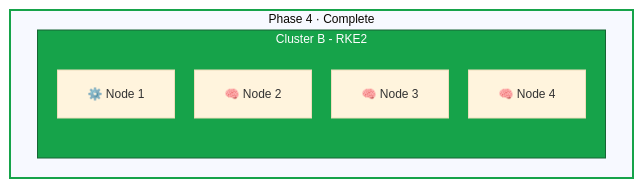
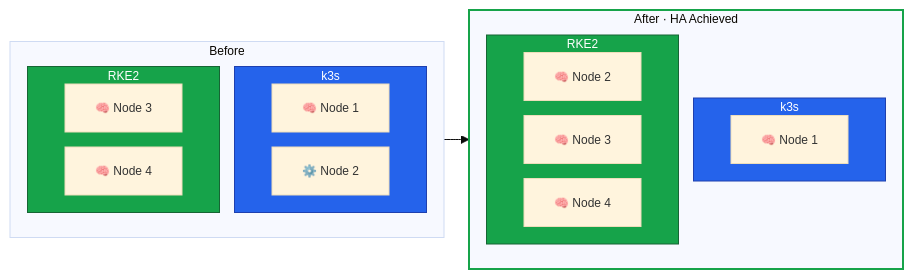
One commit to philprime/philprime.dev changed the third of 5 diagrams in guides/migrating-k3s-to-rke2-without-downtime/lesson-1.md. Above: the diagram before and after it, drawn with Mermaid. The commit also changed other lines of this file and 5 other files, not shown here.

````diff
--- a/guides/migrating-k3s-to-rke2-without-downtime/lesson-1.md
+++ b/guides/migrating-k3s-to-rke2-without-downtime/lesson-1.md
@@ -92,44 +166,36 @@
 ```mermaid!
-%%{init: {
-  "theme": "base",
-  "flowchart": {
-    "nodeSpacing": 20,
-    "rankSpacing": 30
-  },
-  "themeVariables": {
-    "padding": 6,
-    "nodePadding": 6,
-    "subGraphPadding": 8,
-    "fontSize": "12px"
-  }
-}}%%
-
+%%{init: {"theme": "base", "flowchart": {"nodeSpacing": 15, "rankSpacing": 25}, "themeVariables": {"fontSize": "12px"}}}%%
 flowchart LR
-
-%% =========================
-%% Global Styles
-%% =========================
 classDef clusterA fill:#2563eb,color:#ffffff,stroke:#1e40af
 classDef clusterB fill:#16a34a,color:#ffffff,stroke:#166534
-classDef unassigned fill:#9ca3af,color:#ffffff,stroke:#6b7280
-classDef critical stroke:#dc2626,stroke-width:3px
 classDef success stroke:#16a34a,stroke-width:2px
 
-%% =========================
-%% Phase 4 — Migration Complete
-%% =========================
-subgraph Phase4["Phase 4 · Complete"]
-  direction LR
-
-  subgraph P4B["Cluster B - RKE2"]
-    direction TB
-    P4B1["⚙️ Node 1"]
-    P4B2["🧠 Node 2"]
-    P4B3["🧠 Node 3"]
-    P4B4["🧠 Node 4"]
+subgraph before["Before"]
+  direction TB
+  subgraph bA["k3s"]
+    bA1["🧠 Node 1"]
+    bA2["⚙️ Node 2"]
+  end
+  subgraph bB["RKE2"]
+    bB3["🧠 Node 3"]
+    bB4["🧠 Node 4"]
   end
 end
 
-class P4B clusterB
-class Phase4 success
+subgraph after["After · HA Achieved"]
+  direction TB
+  subgraph aA["k3s"]
+    aA1["🧠 Node 1"]
+  end
+  subgraph aB["RKE2"]
+    aB2["🧠 Node 2"]
+    aB3["🧠 Node 3"]
+    aB4["🧠 Node 4"]
+  end
+end
+
+before --> after
+class bA,aA clusterA
+class bB,aB clusterB
+class after success
 ```
````
